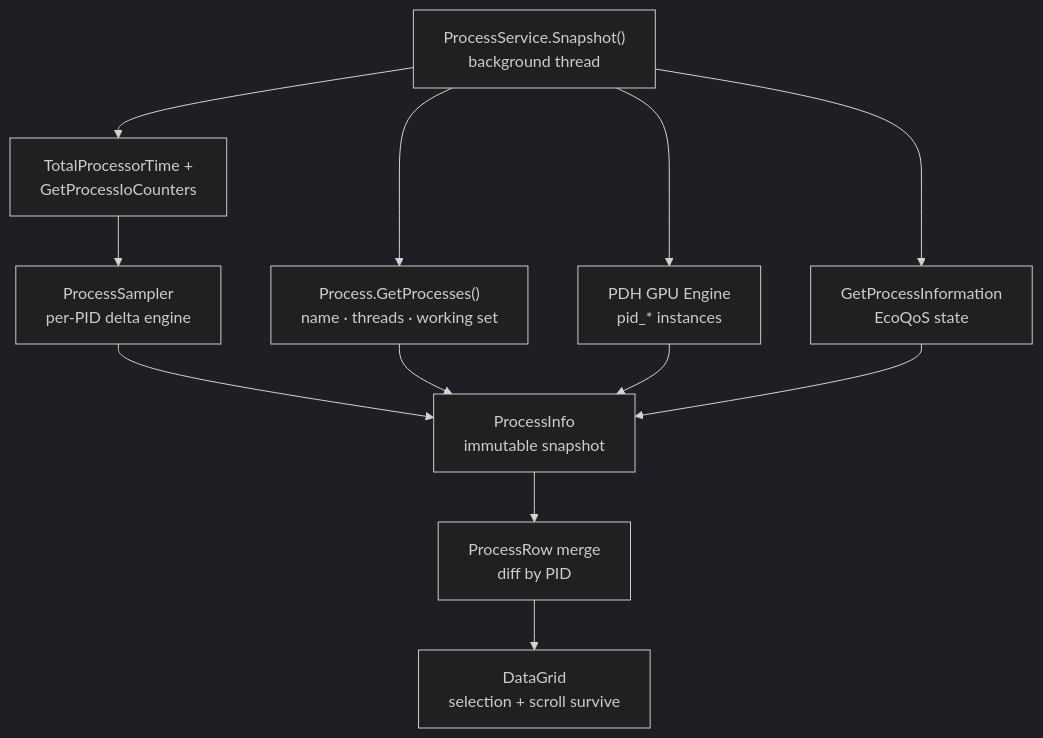
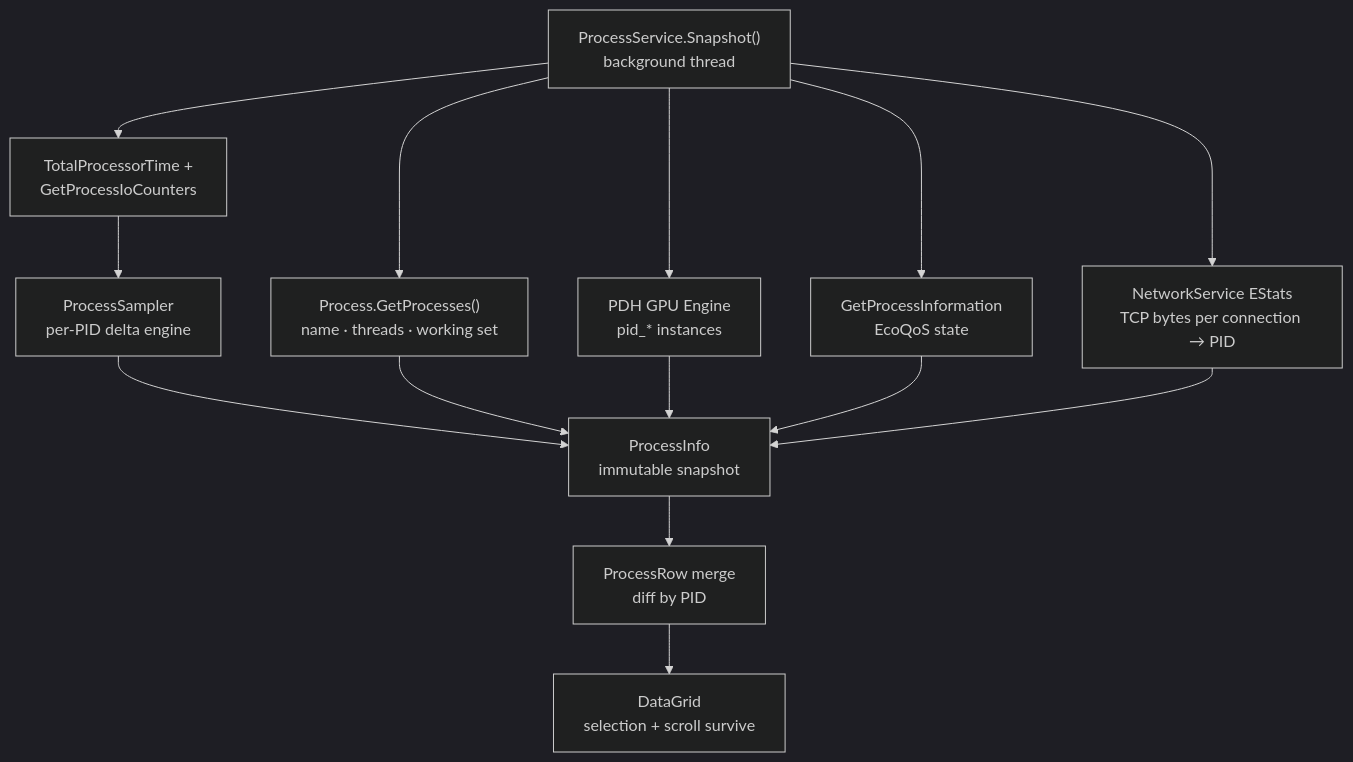
One commit to Luciftias/WinSentinel changed the third of 9 diagrams in README.md. Above: the diagram before and after it, drawn with Mermaid (dark theme). The commit also changed other lines of this file and 18 other files, not shown here.

Commit message:
v2.1: network explorer + per-process TCP (EStats), ACPI temperature (WMI), anomaly alert engine (thresholds + z-score spikes + runaway), Alerts & Network pages; README updated

````diff
--- a/README.md
+++ b/README.md
@@ -314,24 +357,27 @@
 ```mermaid
 flowchart TB
     PS["ProcessService.Snapshot()<br/>background thread"]
     P1["Process.GetProcesses()<br/>name · threads · working set"]
     P2["TotalProcessorTime +<br/>GetProcessIoCounters"]
     P3["PDH GPU Engine<br/>pid_* instances"]
     P4["GetProcessInformation<br/>EcoQoS state"]
+    P5["NetworkService EStats<br/>TCP bytes per connection → PID"]
     DELTA["ProcessSampler<br/>per-PID delta engine"]
     INFO["ProcessInfo<br/>immutable snapshot"]
     DIFF["ProcessRow merge<br/>diff by PID"]
     GRID["DataGrid<br/>selection + scroll survive"]
 
     PS --> P1
     PS --> P2
     PS --> P3
     PS --> P4
+    PS --> P5
     P2 --> DELTA
     DELTA --> INFO
     P1 --> INFO
     P3 --> INFO
     P4 --> INFO
+    P5 --> INFO
     INFO --> DIFF
     DIFF --> GRID
 ```
````
